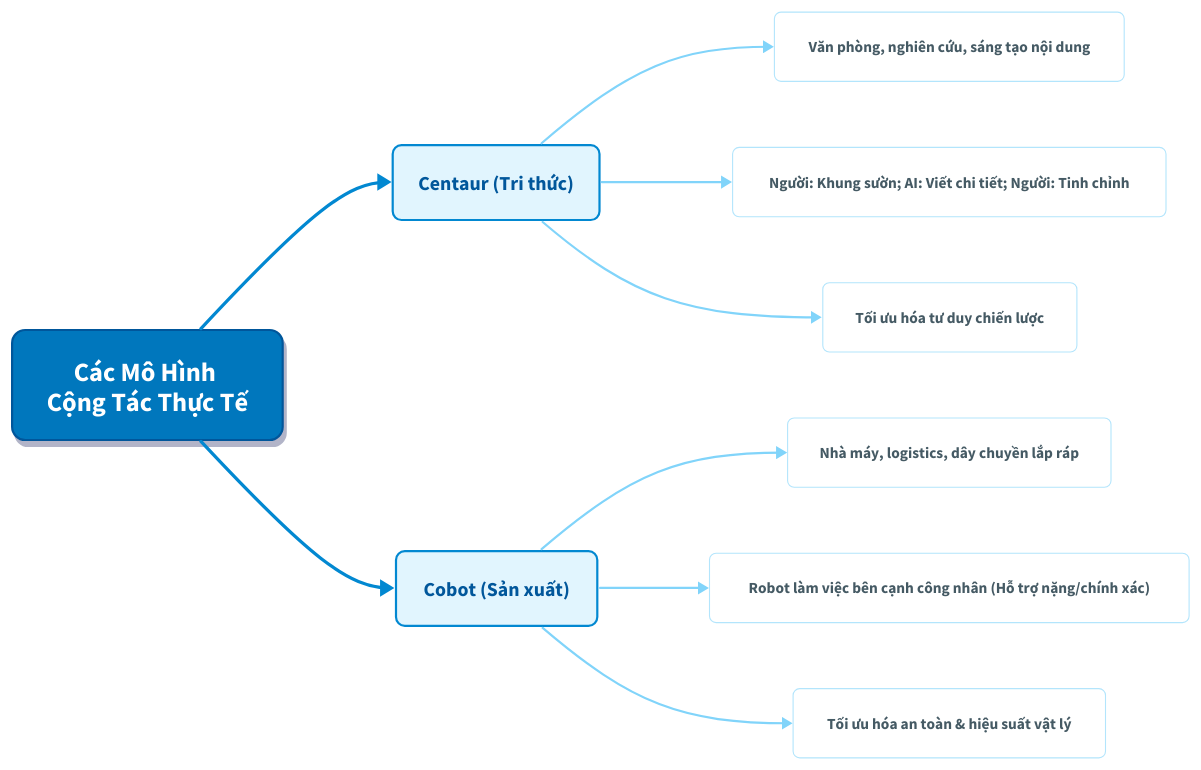
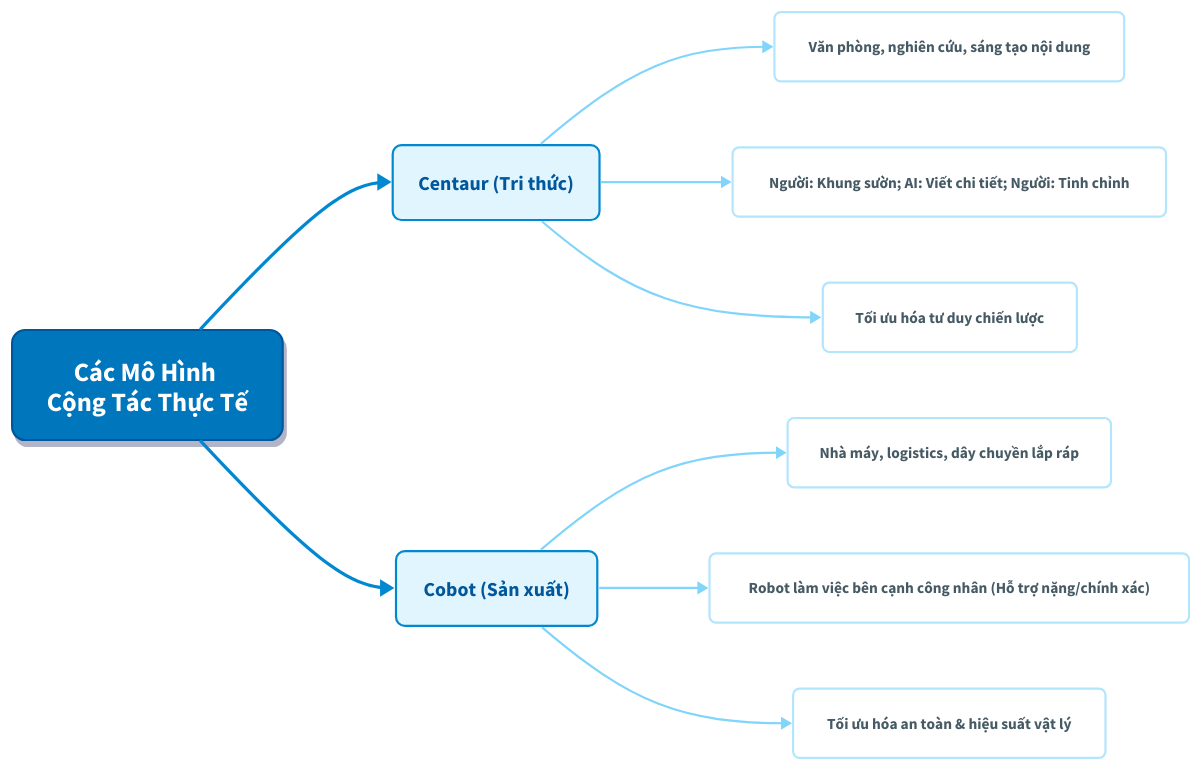
One commit to sam-uit/typst-report-template changed the diagram in content/diagrams/cacmohinhcongtac.d2. Above: the diagram before and after it, drawn with D2.

```diff
--- a/content/diagrams/cacmohinhcongtac.d2
+++ b/content/diagrams/cacmohinhcongtac.d2
@@ -1,78 +1,86 @@
 direction: right
+
+# --- 0. STYLES ---
+style: {
+  opacity: 0.0
+  # fill: "#dcdcdc"
+  # stroke: "orange"
+  # stroke-width: 5
+}
 
 # ------------------------------
 # STYLING CLASSES (Humanist & Clean Blue/White)
 # ------------------------------
 classes: {
   root_node: {
     style: {
       fill: "#0277bd"
       stroke: "#01579b"
       font-color: "#ffffff"
       stroke-width: 2
       border-radius: 12
       shadow: true
       font-size: 24
     }
   }
 
   category_node: {
     style: {
       fill: "#e1f5fe"
       stroke: "#0288d1"
       font-color: "#01579b"
       stroke-width: 2
       border-radius: 8
       font-size: 18
     }
   }
 
   leaf_node: {
     style: {
       fill: "#ffffff"
       stroke: "#b3e5fc"
       font-color: "#455a64"
-      stroke-width: 1
+      #   stroke-width: 1
       border-radius: 6
       font-size: 14
       stroke-dash: 0
     }
   }
 }
 
 # ------------------------------
 # NODES & CONTENT
 # ------------------------------
 
 # Root
 Root: Các Mô Hình \n Cộng Tác Thực Tế {class: root_node}
 
 # Branch 1: Centaur
 Centaur: Centaur (Tri thức) {class: category_node}
 
 C_Env: "Văn phòng, nghiên cứu, sáng tạo nội dung" {class: leaf_node}
 C_Collab: "Người: Khung sườn; AI: Viết chi tiết; Người: Tinh chỉnh" {class: leaf_node}
 C_Value: "Tối ưu hóa tư duy chiến lược" {class: leaf_node}
 
 # Branch 2: Cobot
 Cobot: Cobot (Sản xuất) {class: category_node}
 
 Co_Env: "Nhà máy, logistics, dây chuyền lắp ráp" {class: leaf_node}
 Co_Collab: "Robot làm việc bên cạnh công nhân (Hỗ trợ nặng/chính xác)" {class: leaf_node}
 Co_Value: "Tối ưu hóa an toàn & hiệu suất vật lý" {class: leaf_node}
 
 # ------------------------------
 # CONNECTIONS (Curved for Mindmap feel)
 # ------------------------------
 Root -> Centaur: {style: {stroke: "#0288d1"; stroke-width: 3}}
 Root -> Cobot: {style: {stroke: "#0288d1"; stroke-width: 3}}
 
 # Connections for Centaur
 Centaur -> C_Env: {style: {stroke: "#81d4fa"; stroke-width: 2}}
 Centaur -> C_Collab: {style: {stroke: "#81d4fa"; stroke-width: 2}}
 Centaur -> C_Value: {style: {stroke: "#81d4fa"; stroke-width: 2}}
 
 # Connections for Cobot
 Cobot -> Co_Env: {style: {stroke: "#81d4fa"; stroke-width: 2}}
 Cobot -> Co_Collab: {style: {stroke: "#81d4fa"; stroke-width: 2}}
 Cobot -> Co_Value: {style: {stroke: "#81d4fa"; stroke-width: 2}}
```
